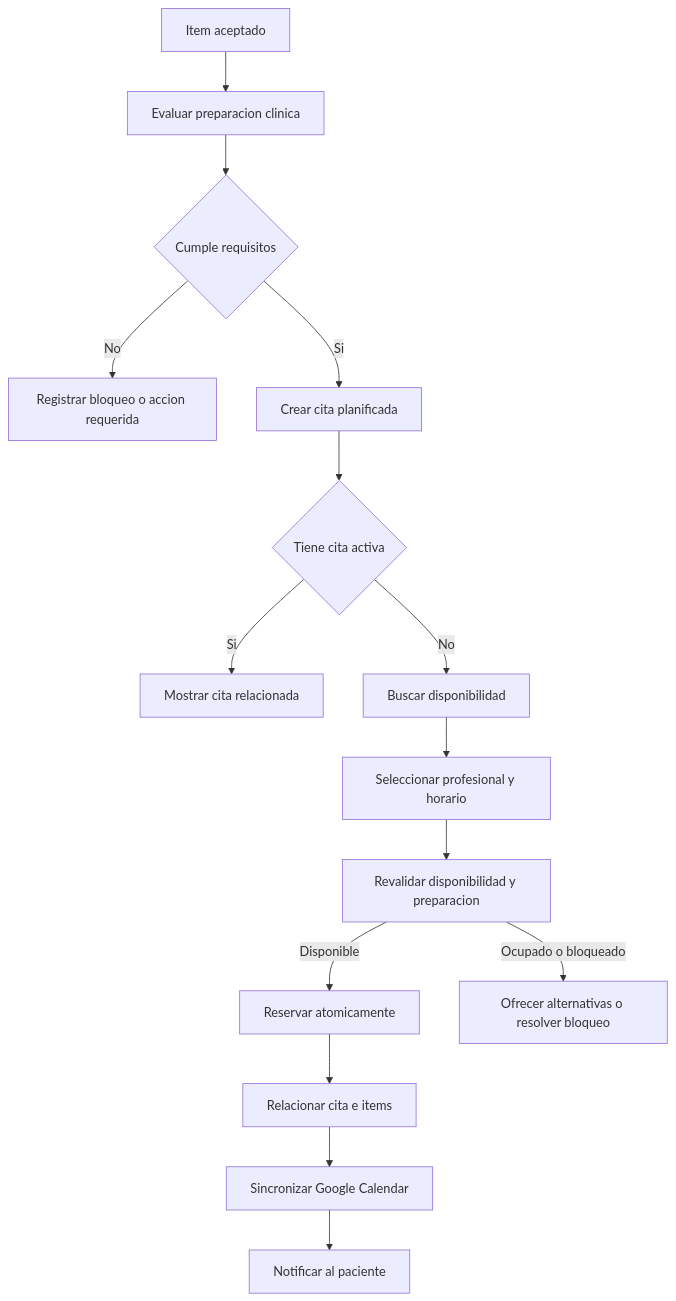
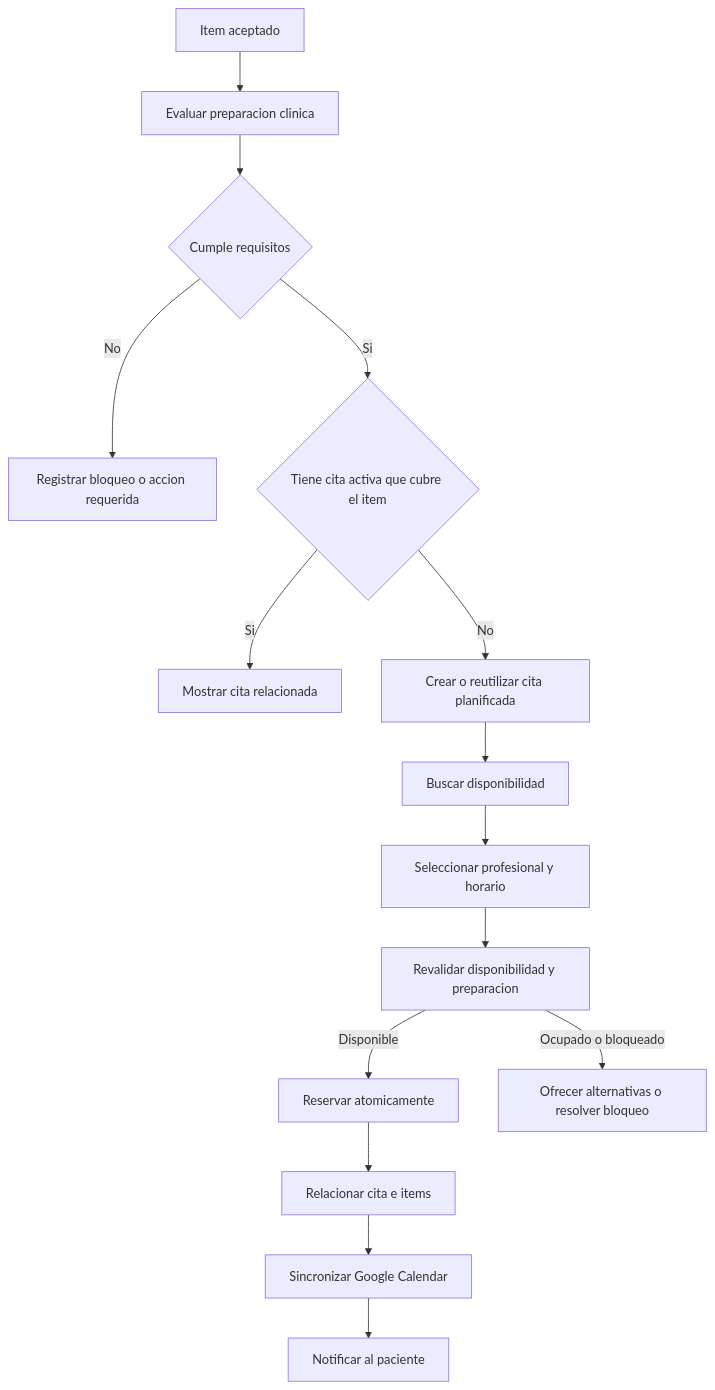
One commit to juanovni/dental-comissions changed the second of 4 diagrams in docs/CRM/treatment-plan-budget/02_FLUJOS_Y_REGLAS.md. Above: the diagram before and after it, drawn with Mermaid. The commit also changed other lines of this file and 9 other files, not shown here.

````diff
--- a/docs/CRM/treatment-plan-budget/02_FLUJOS_Y_REGLAS.md
+++ b/docs/CRM/treatment-plan-budget/02_FLUJOS_Y_REGLAS.md
@@ -81,17 +81,17 @@
 ```mermaid
 flowchart TD
     A[Item aceptado] --> B[Evaluar preparacion clinica]
     B --> C{Cumple requisitos}
     C -->|No| D[Registrar bloqueo o accion requerida]
-    C -->|Si| E[Crear cita planificada]
-    E --> F{Tiene cita activa}
+    C -->|Si| F{Tiene cita activa que cubre el item}
     F -->|Si| G[Mostrar cita relacionada]
-    F -->|No| H[Buscar disponibilidad]
+    F -->|No| E[Crear o reutilizar cita planificada]
+    E --> H[Buscar disponibilidad]
     H --> I[Seleccionar profesional y horario]
     I --> J[Revalidar disponibilidad y preparacion]
     J -->|Disponible| K[Reservar atomicamente]
     J -->|Ocupado o bloqueado| L[Ofrecer alternativas o resolver bloqueo]
     K --> M[Relacionar cita e items]
     M --> N[Sincronizar Google Calendar]
     N --> O[Notificar al paciente]
 ```
````
